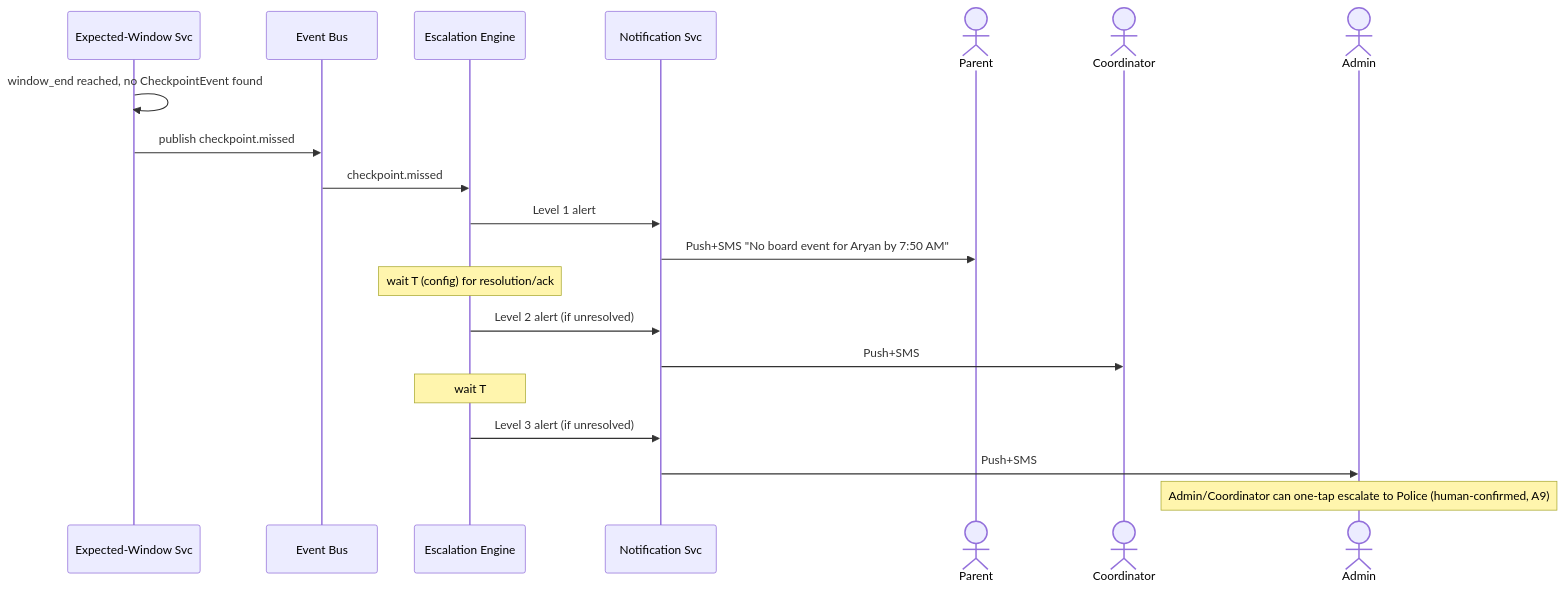
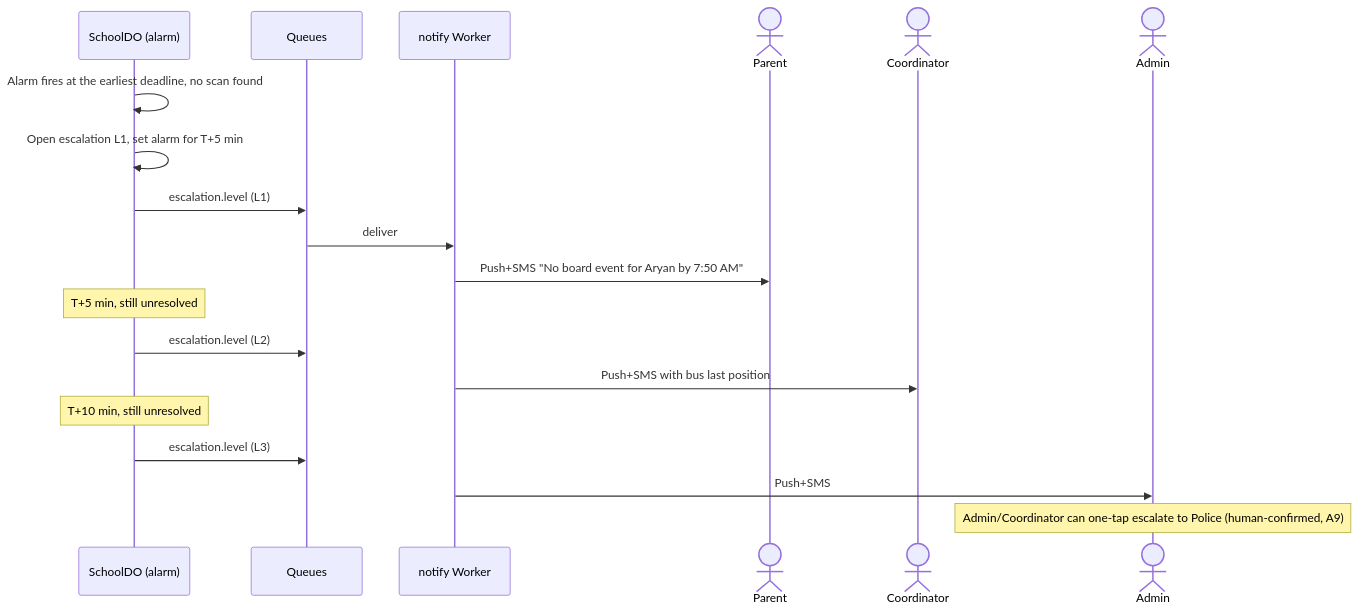
Before and after one commit to alinoorul/studesafe: the fourth of 5 diagrams in architecture/ARCHITECTURE.md, drawn with Mermaid. The commit also changed other lines of this file and 4 other files, not shown here.

First line of the commit message:
Production architecture: move to a Cloudflare-native backend

````diff
--- a/architecture/ARCHITECTURE.md
+++ b/architecture/ARCHITECTURE.md
@@ -439,23 +542,22 @@
 ```mermaid
 sequenceDiagram
-    participant WIN as Expected-Window Svc
-    participant MQ as Event Bus
-    participant ESC as Escalation Engine
-    participant NOT as Notification Svc
+    participant SDO as SchoolDO (alarm)
+    participant Q as Queues
+    participant N as notify Worker
     actor Parent
     actor Coordinator
     actor Admin
 
-    WIN->>WIN: window_end reached, no CheckpointEvent found
-    WIN->>MQ: publish checkpoint.missed
-    MQ->>ESC: checkpoint.missed
-    ESC->>NOT: Level 1 alert
-    NOT->>Parent: Push+SMS "No board event for Aryan by 7:50 AM"
-    Note over ESC: wait T (config) for resolution/ack
-    ESC->>NOT: Level 2 alert (if unresolved)
-    NOT->>Coordinator: Push+SMS
-    Note over ESC: wait T
-    ESC->>NOT: Level 3 alert (if unresolved)
-    NOT->>Admin: Push+SMS
+    SDO->>SDO: Alarm fires at the earliest deadline, no scan found
+    SDO->>SDO: Open escalation L1, set alarm for T+5 min
+    SDO->>Q: escalation.level (L1)
+    Q->>N: deliver
+    N->>Parent: Push+SMS "No board event for Aryan by 7:50 AM"
+    Note over SDO: T+5 min, still unresolved
+    SDO->>Q: escalation.level (L2)
+    N->>Coordinator: Push+SMS with bus last position
+    Note over SDO: T+10 min, still unresolved
+    SDO->>Q: escalation.level (L3)
+    N->>Admin: Push+SMS
     Note over Admin: Admin/Coordinator can one-tap escalate to Police (human-confirmed, A9)
 ```
````
